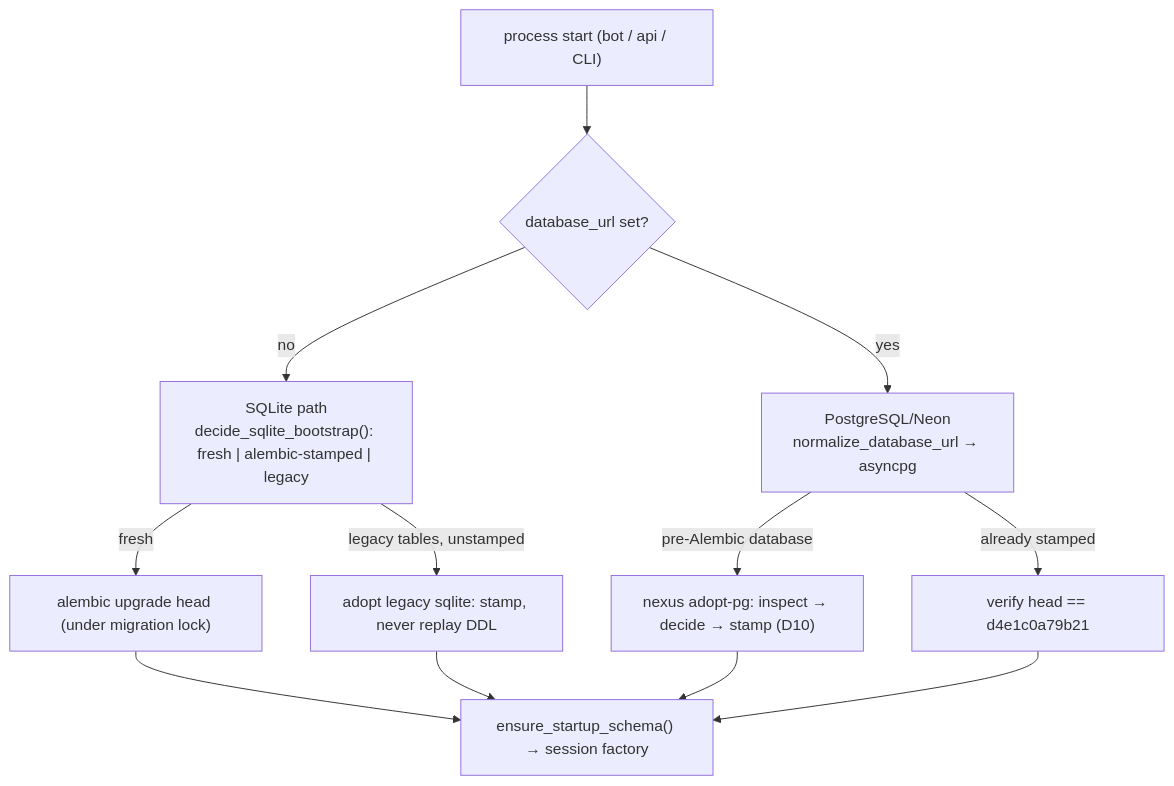
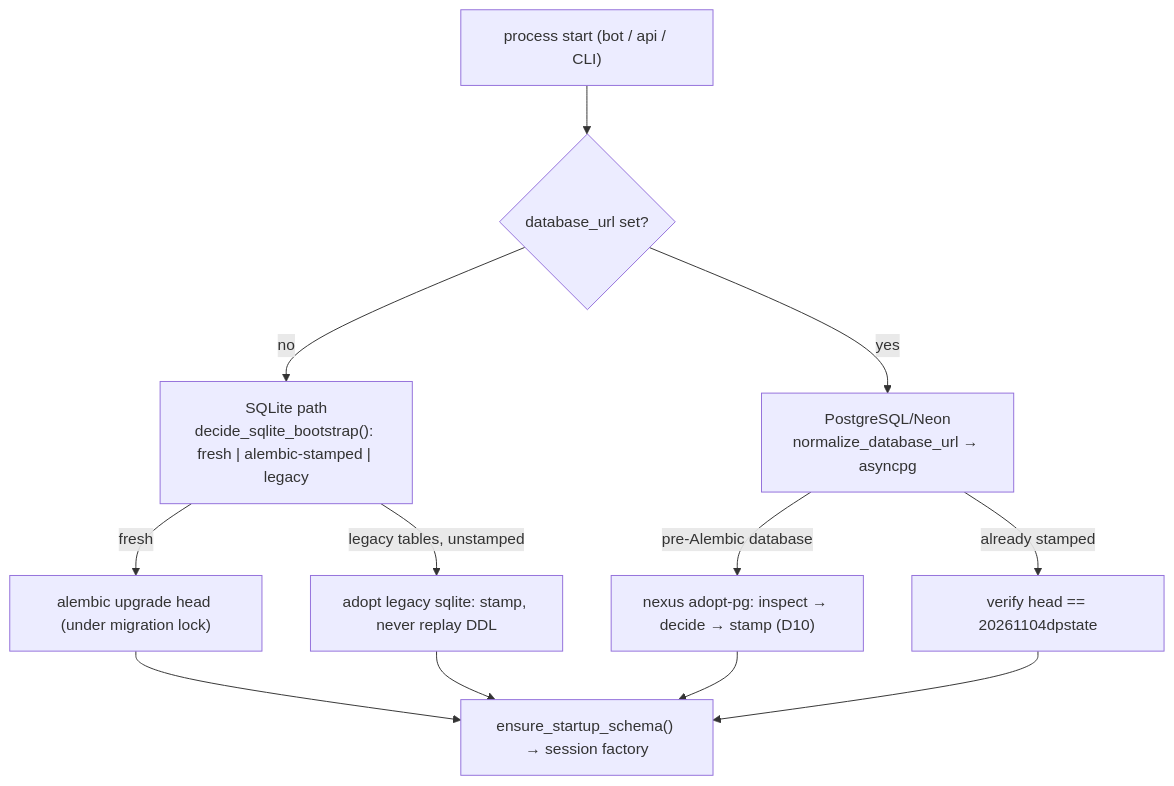
The fifth of 7 diagrams in docs/architecture/RUNTIME_FLOWS.md (bot523h/nexus-ai-agent), drawn with Mermaid before and after one commit. The commit also changed other lines of this file and 10 other files, not shown here.

````diff
--- a/docs/architecture/RUNTIME_FLOWS.md
+++ b/docs/architecture/RUNTIME_FLOWS.md
@@ -158,14 +158,14 @@
 ```mermaid
 flowchart TD
     start["process start (bot / api / CLI)"] --> decide{"database_url set?"}
     decide -->|no| sqlite["SQLite path<br/>decide_sqlite_bootstrap(): fresh | alembic-stamped | legacy"]
     decide -->|yes| pg["PostgreSQL/Neon<br/>normalize_database_url → asyncpg"]
     sqlite -->|fresh| up["alembic upgrade head (under migration lock)"]
     sqlite -->|legacy tables, unstamped| adopt["adopt legacy sqlite: stamp, never replay DDL"]
     pg -->|pre-Alembic database| adoptpg["nexus adopt-pg: inspect → decide → stamp (D10)"]
-    pg -->|already stamped| head["verify head == d4e1c0a79b21"]
+    pg -->|already stamped| head["verify head == 20261104dpstate"]
     up --> ready["ensure_startup_schema() → session factory"]
     adopt --> ready
     adoptpg --> ready
     head --> ready
 ```
````
